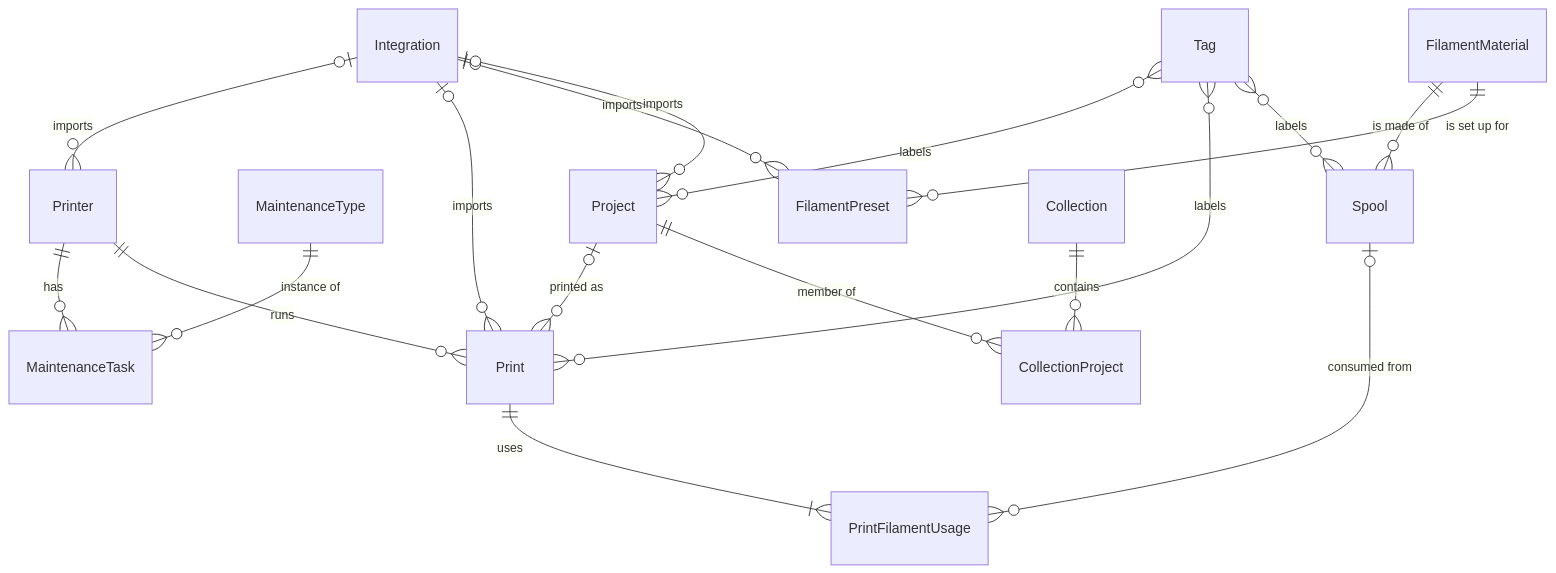
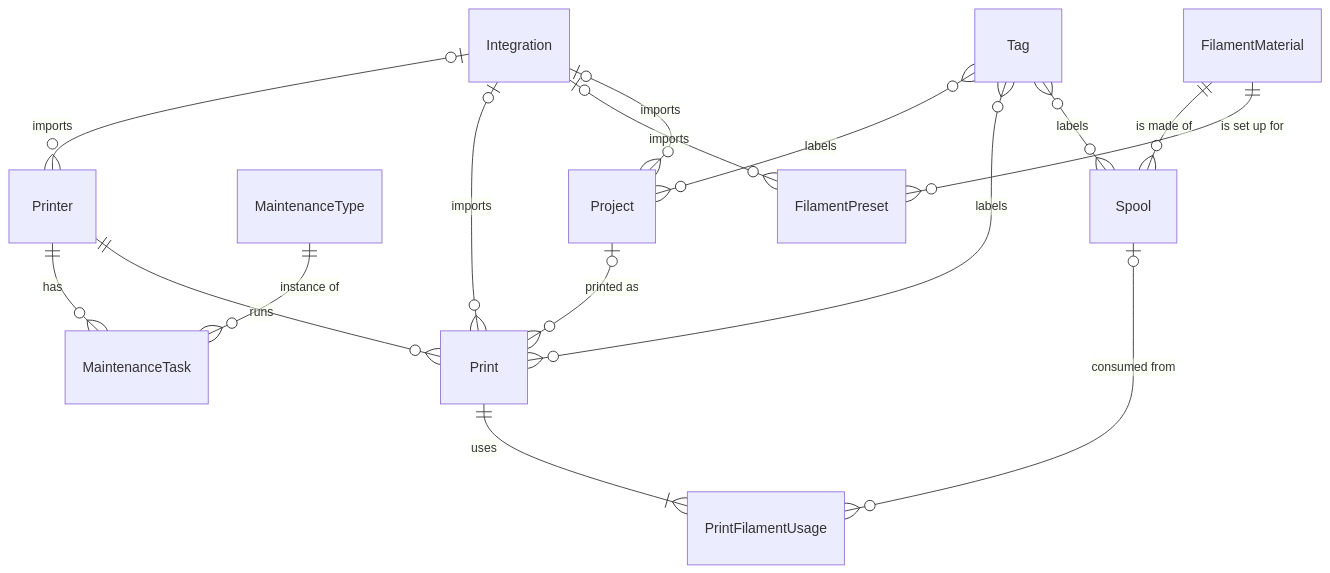
One commit to emanuelmoniz/3d-maker-suite changed the second of 3 diagrams in docs/architecture.md. Above: the diagram before and after it, drawn with Mermaid. The commit also changed other lines of this file and 29 other files, not shown here.

````diff
--- a/docs/architecture.md
+++ b/docs/architecture.md
@@ -88,20 +87,18 @@
 ```mermaid
 erDiagram
   Printer ||--o{ MaintenanceTask : "has"
   MaintenanceType ||--o{ MaintenanceTask : "instance of"
   Printer ||--o{ Print : "runs"
   Project |o--o{ Print : "printed as"
   Print ||--|{ PrintFilamentUsage : "uses"
   Spool |o--o{ PrintFilamentUsage : "consumed from"
   FilamentMaterial ||--o{ Spool : "is made of"
   FilamentMaterial ||--o{ FilamentPreset : "is set up for"
-  Collection ||--o{ CollectionProject : "contains"
-  Project ||--o{ CollectionProject : "member of"
   Tag }o--o{ Project : "labels"
   Tag }o--o{ Print : "labels"
   Tag }o--o{ Spool : "labels"
   Integration |o--o{ Printer : "imports"
   Integration |o--o{ Print : "imports"
   Integration |o--o{ FilamentPreset : "imports"
   Integration |o--o{ Project : "imports"
 ```
````
